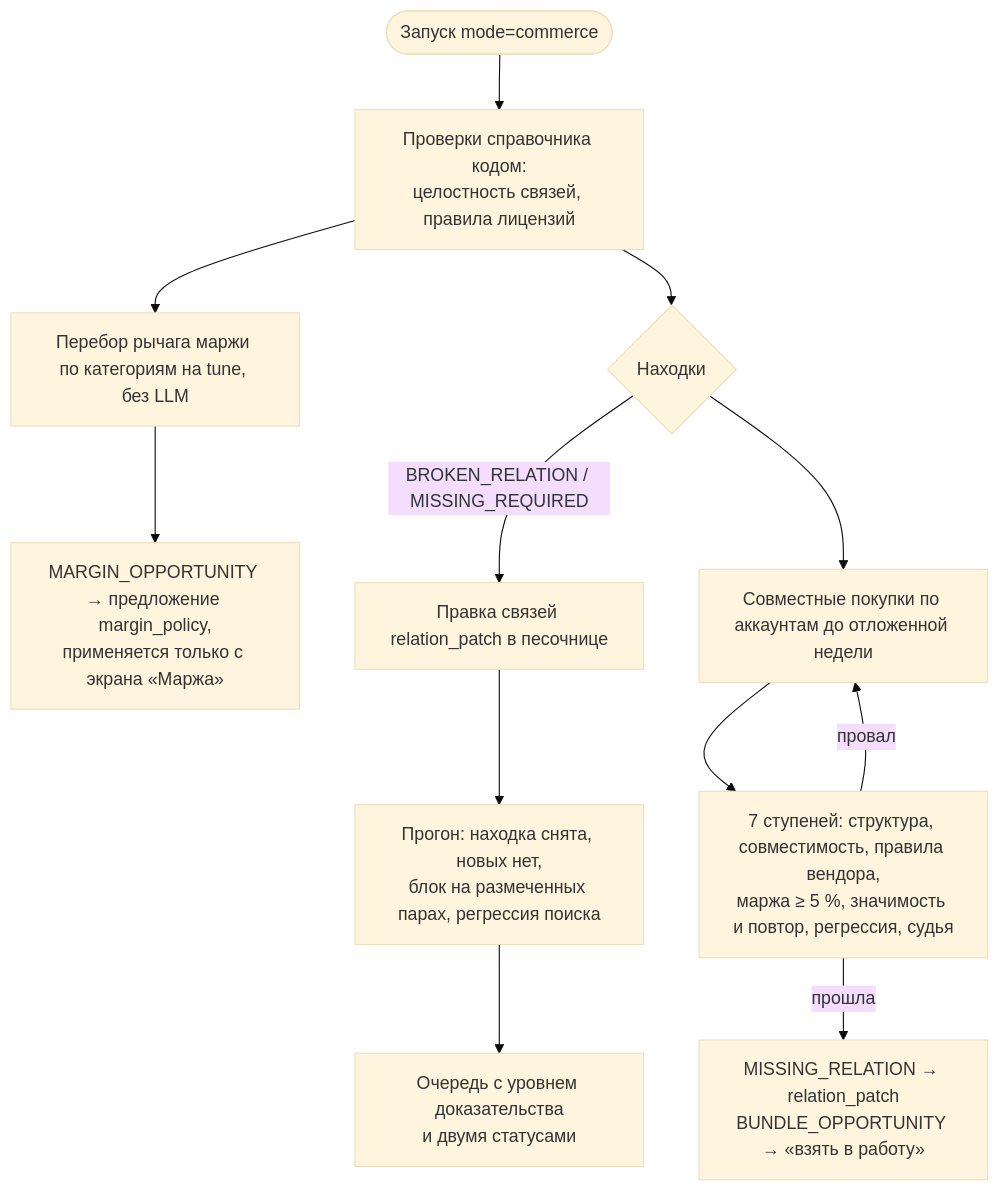
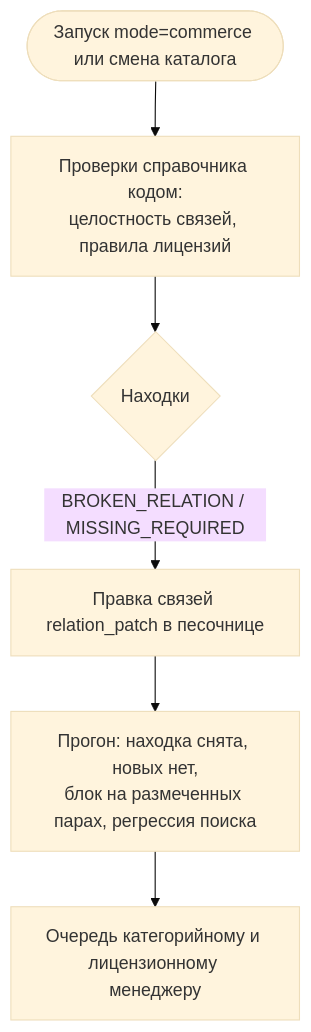
The fifth of 5 diagrams in docs/ARCHITECTURE.md (olegator-rus/rokotovka-plexet-kuznitsa), drawn with Mermaid (base theme) before and after one commit. The commit also changed other lines of this file and 9 other files, not shown here.

````diff
--- a/docs/ARCHITECTURE.md
+++ b/docs/ARCHITECTURE.md
@@ -318,14 +396,8 @@
 ```mermaid
 flowchart TD
-    start([Запуск mode=commerce]) --> checks[Проверки справочника кодом:<br/>целостность связей, правила лицензий]
-    checks --> margin[Перебор рычага маржи по категориям на tune, без LLM]
-    margin --> mprop[MARGIN_OPPORTUNITY → предложение margin_policy,<br/>применяется только с экрана «Маржа»]
+    start([Запуск mode=commerce или смена каталога]) --> checks[Проверки справочника кодом:<br/>целостность связей, правила лицензий]
     checks --> find{Находки}
     find -- BROKEN_RELATION / MISSING_REQUIRED --> patch[Правка связей relation_patch в песочнице]
     patch --> eval[Прогон: находка снята, новых нет,<br/>блок на размеченных парах, регрессия поиска]
-    eval --> queue[Очередь с уровнем доказательства<br/>и двумя статусами]
-    find --> stats[Совместные покупки по аккаунтам до отложенной недели]
-    stats --> ladder[7 ступеней: структура, совместимость, правила вендора,<br/>маржа ≥ 5 %, значимость и повтор, регрессия, судья]
-    ladder -- провал --> stats
-    ladder -- прошла --> queue2[MISSING_RELATION → relation_patch<br/>BUNDLE_OPPORTUNITY → «взять в работу»]
+    eval --> queue[Очередь категорийному и лицензионному менеджеру]
 ```
````
